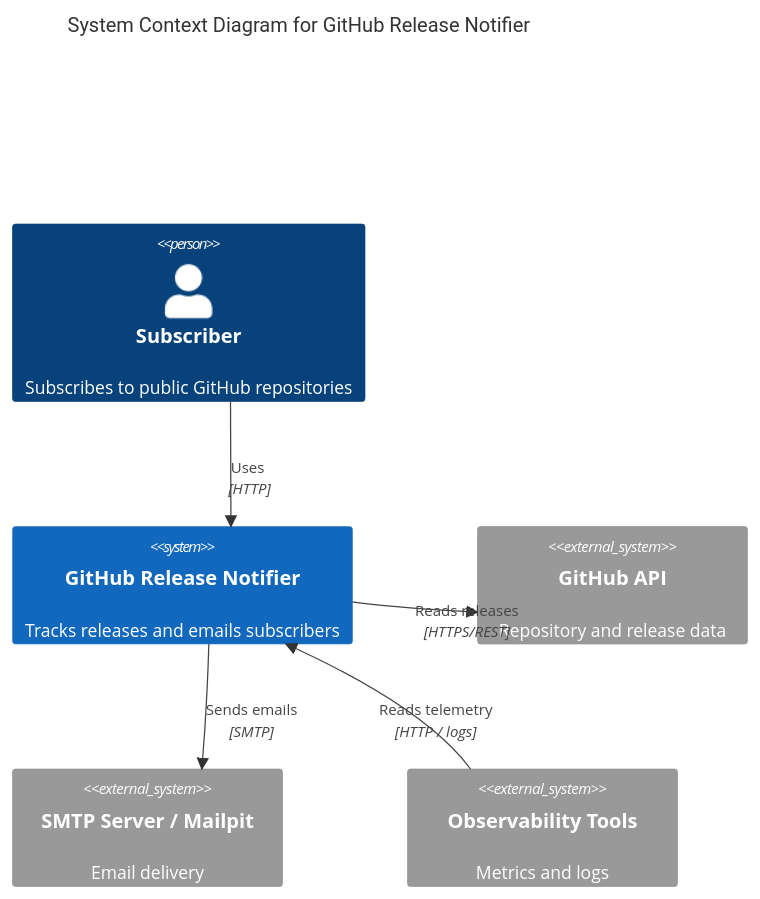
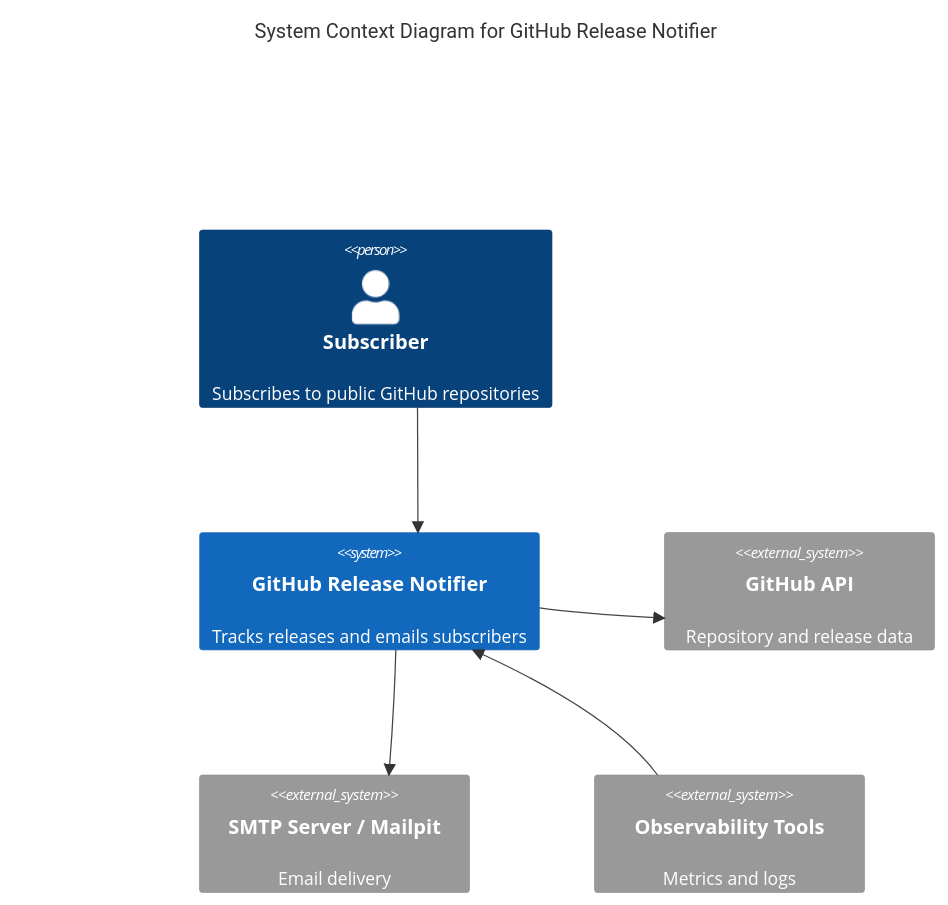
Before and after one commit to GenesisEducationKyiv/software-engineering-school-6-0-Oleg-amur: the first of 5 diagrams in docs/architecture/ARCHITECTURE.md, drawn with Mermaid. The commit also changed other lines of this file, not shown here.

````diff
--- a/docs/architecture/ARCHITECTURE.md
+++ b/docs/architecture/ARCHITECTURE.md
@@ -9,17 +9,17 @@
 ```mermaid
 C4Context
     title System Context Diagram for GitHub Release Notifier
 
     Person(user, "Subscriber", "Subscribes to public GitHub repositories")
     System(system, "GitHub Release Notifier", "Tracks releases and emails subscribers")
     System_Ext(github, "GitHub API", "Repository and release data")
     System_Ext(smtp, "SMTP Server / Mailpit", "Email delivery")
     System_Ext(observability, "Observability Tools", "Metrics and logs")
 
-    Rel_R(user, system, "Uses", "HTTP")
-    Rel_D(system, github, "Reads releases", "HTTPS/REST")
-    Rel_D(system, smtp, "Sends emails", "SMTP")
-    Rel_L(observability, system, "Reads telemetry", "HTTP / logs")
+    Rel_R(user, system, "")
+    Rel_D(system, github, "")
+    Rel_D(system, smtp, "")
+    Rel_L(observability, system, "")
 
     UpdateLayoutConfig($c4ShapeInRow="2", $c4BoundaryInRow="1")
 ```
````
